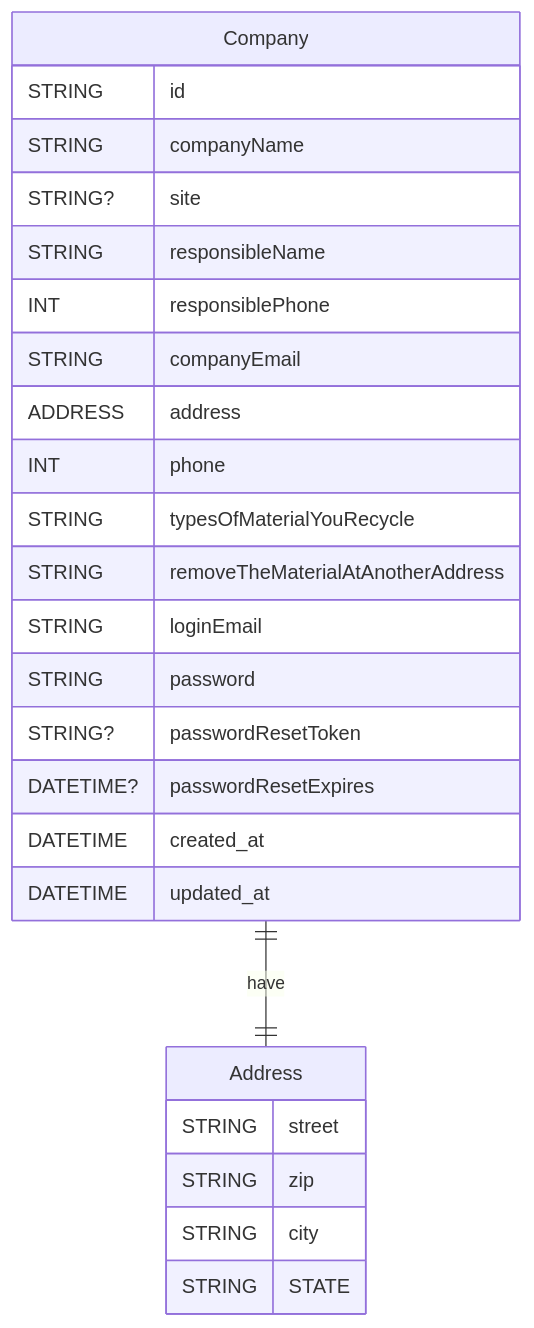
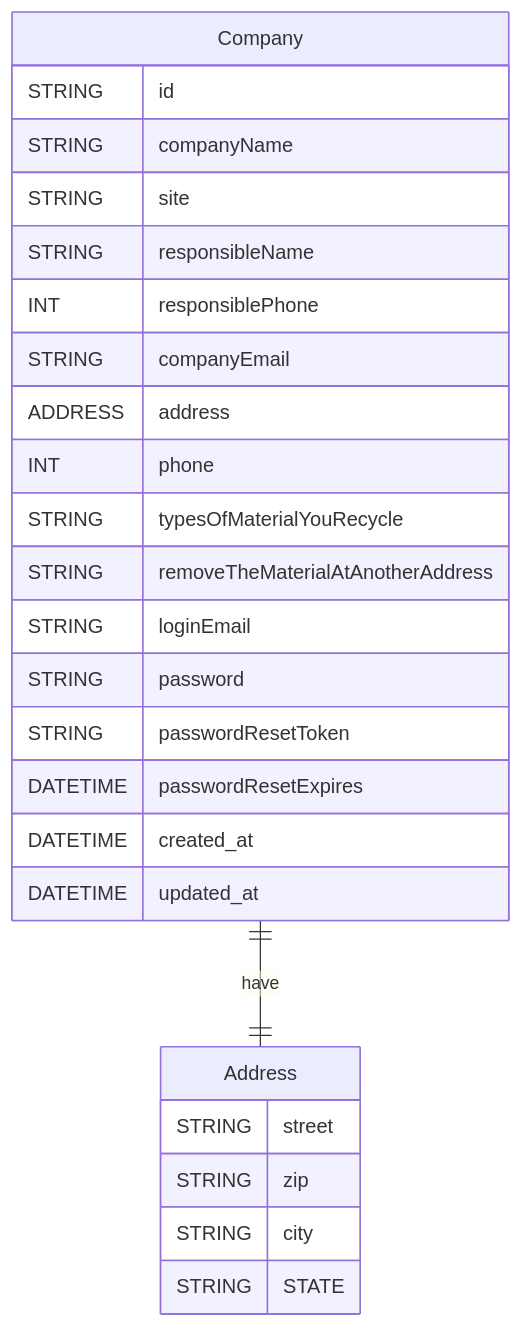
One commit to csvjunior/backend-recollect changed the diagram in README.md. Above: the diagram before and after it, drawn with Mermaid.

Commit message:
correção diagrama readme

````diff
--- a/README.md
+++ b/README.md
@@ -7,28 +7,28 @@
 ```mermaid
 erDiagram
     Company ||--|| Address: have
     Company{
         STRING id
         STRING companyName
-        STRING? site
+        STRING site
         STRING responsibleName
         INT responsiblePhone
         STRING companyEmail
         ADDRESS address
         INT phone
         STRING typesOfMaterialYouRecycle
         STRING removeTheMaterialAtAnotherAddress
         STRING loginEmail
         STRING password
-        STRING? passwordResetToken
-        DATETIME? passwordResetExpires
+        STRING passwordResetToken
+        DATETIME passwordResetExpires
         DATETIME created_at
         DATETIME updated_at
     }
     Address {
         STRING street
         STRING zip
         STRING city
         STRING STATE
     }
 ```
````
